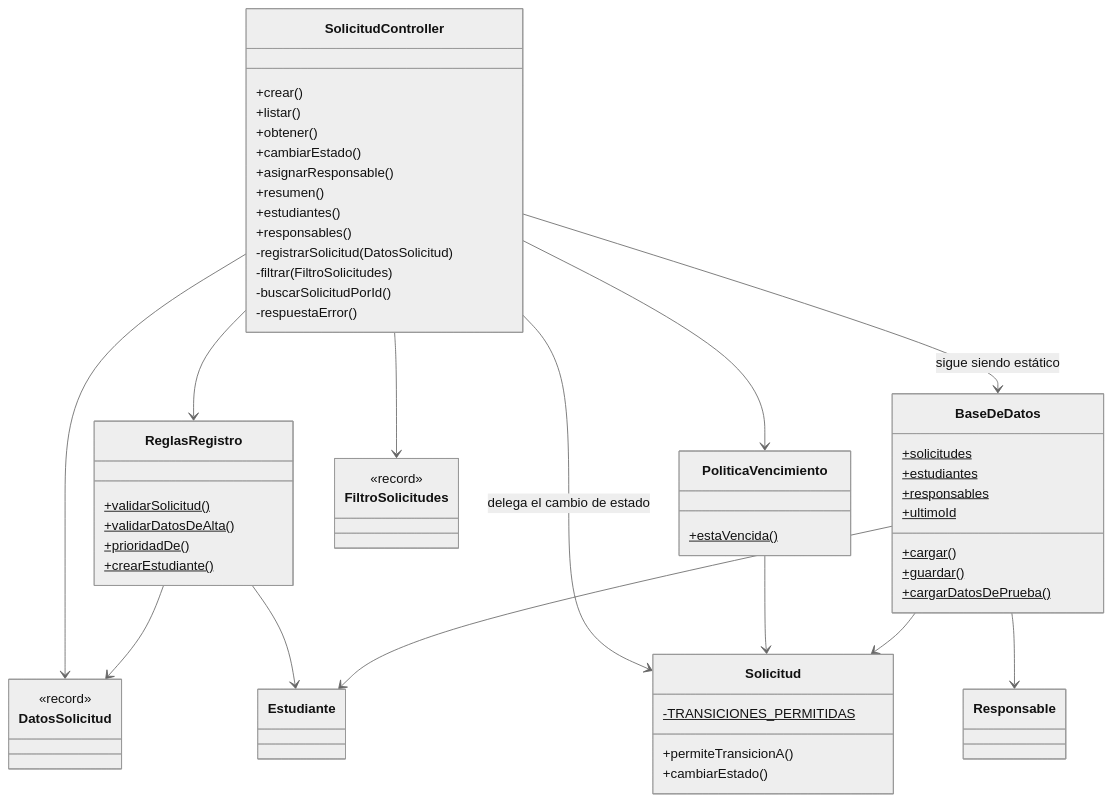
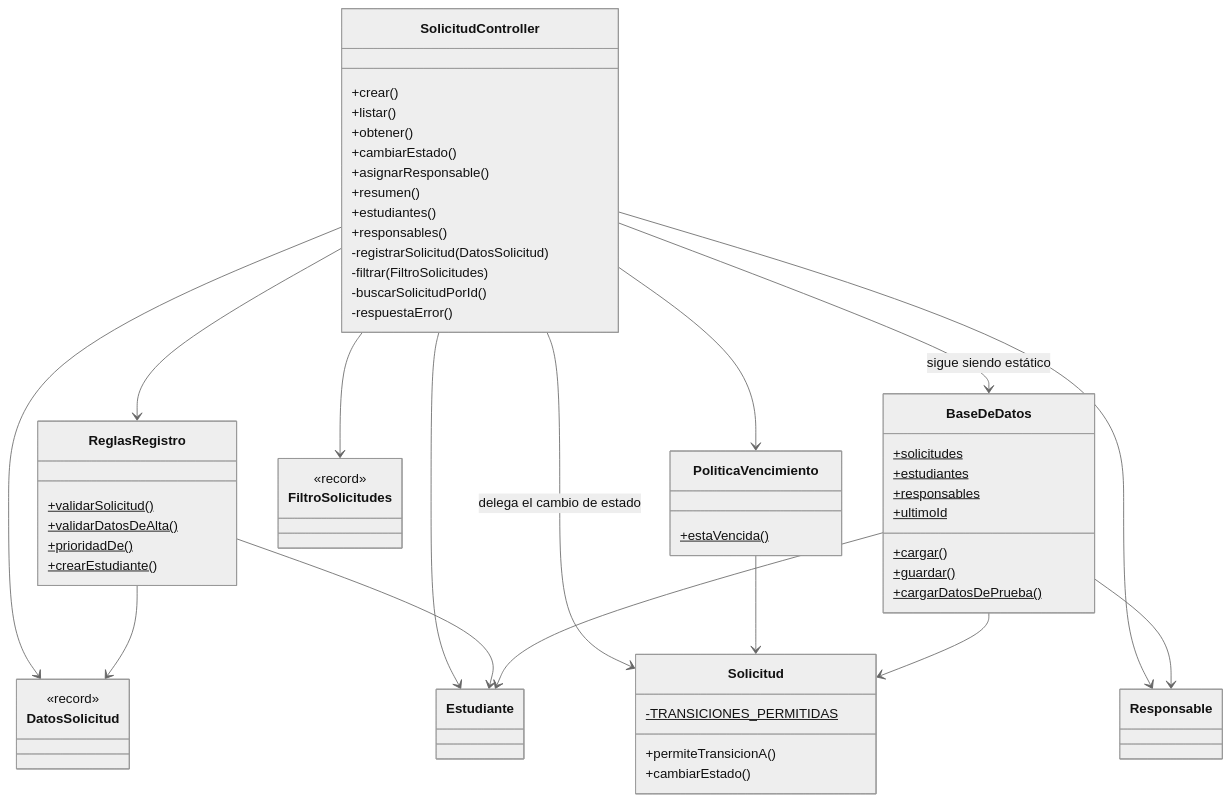
The second of 2 diagrams in docs/04_solid_clean_code.md (Alex-Dauria/tpi-ms2-gestion-solicitudes), drawn with Mermaid (neutral theme) before and after one commit. The commit also changed other lines of this file, not shown here.

````diff
--- a/docs/04_solid_clean_code.md
+++ b/docs/04_solid_clean_code.md
@@ -116,61 +118,63 @@
 ```mermaid
 classDiagram
     class SolicitudController {
         +crear()
         +listar()
         +obtener()
         +cambiarEstado()
         +asignarResponsable()
         +resumen()
         +estudiantes()
         +responsables()
         -registrarSolicitud(DatosSolicitud)
         -filtrar(FiltroSolicitudes)
         -buscarSolicitudPorId()
         -respuestaError()
     }
     class ReglasRegistro {
         +validarSolicitud()$
         +validarDatosDeAlta()$
         +prioridadDe()$
         +crearEstudiante()$
     }
     class PoliticaVencimiento {
         +estaVencida()$
     }
     class DatosSolicitud {
         <<record>>
     }
     class FiltroSolicitudes {
         <<record>>
     }
     class Solicitud {
         -TRANSICIONES_PERMITIDAS$
         +permiteTransicionA()
         +cambiarEstado()
     }
     class BaseDeDatos {
         +solicitudes$
         +estudiantes$
         +responsables$
         +ultimoId$
         +cargar()$
         +guardar()$
         +cargarDatosDePrueba()$
     }
     class Estudiante
     class Responsable
 
     SolicitudController --> ReglasRegistro
     SolicitudController --> PoliticaVencimiento
     SolicitudController --> DatosSolicitud
     SolicitudController --> FiltroSolicitudes
     SolicitudController --> Solicitud : delega el cambio de estado
     SolicitudController --> BaseDeDatos : sigue siendo estático
+    SolicitudController --> Estudiante
+    SolicitudController --> Responsable
     ReglasRegistro --> DatosSolicitud
     ReglasRegistro --> Estudiante
     PoliticaVencimiento --> Solicitud
     BaseDeDatos --> Solicitud
     BaseDeDatos --> Estudiante
     BaseDeDatos --> Responsable
 ```
````
